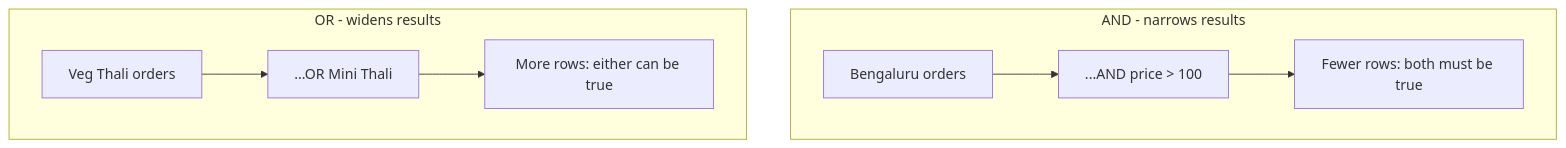
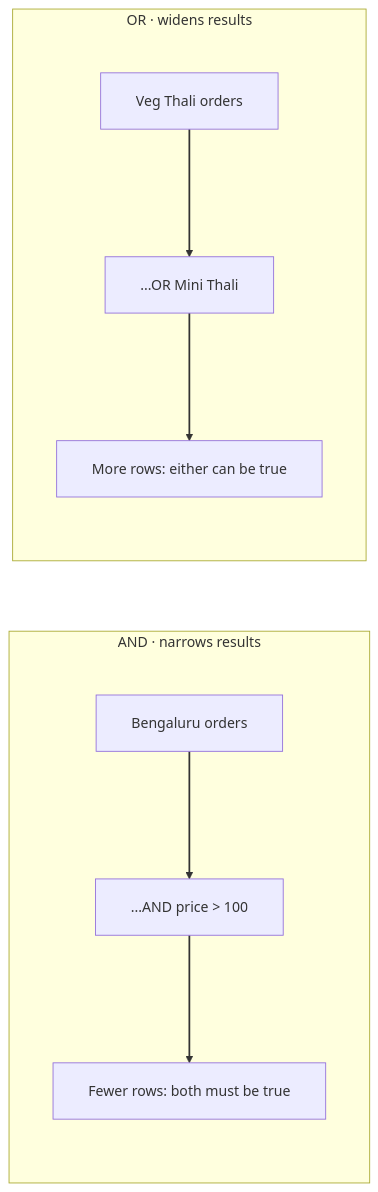
Before and after one commit to ritzrmx/Masai_Curriculum: the second of 2 diagrams in IITP_AIML_Regional/IITP-GenAI-TA-I2606 & IITP-GenAI-TE-I-2608/Module-2/4.2 (SQL Query Basics)/pre-read - SQL Query Basics.md, drawn with Mermaid. The commit also changed other lines of this file and 42 other files, not shown here.

Commit message:
chore: standardize mermaid mental-map and pre-read styling

````diff
--- a/IITP_AIML_Regional/IITP-GenAI-TA-I2606 & IITP-GenAI-TE-I-2608/Module-2/4.2 (SQL Query Basics)/pre-read - SQL Query Basics.md
+++ b/IITP_AIML_Regional/IITP-GenAI-TA-I2606 & IITP-GenAI-TE-I-2608/Module-2/4.2 (SQL Query Basics)/pre-read - SQL Query Basics.md
@@ -176,11 +188,15 @@
 ```mermaid
-flowchart TB
-    subgraph left_side["AND - narrows results"]
+%%{init: {'themeVariables': {'fontSize': '16px'}, 'flowchart': {'useMaxWidth': false, 'htmlLabels': true, 'nodeSpacing': 80, 'rankSpacing': 120, 'wrappingWidth': 620, 'padding': 20}}}%%
+flowchart LR
+    subgraph left_side["AND · narrows results"]
         M1[Bengaluru orders] --> M2[...AND price > 100]
         M2 --> M3[Fewer rows: both must be true]
     end
-    subgraph right_side["OR - widens results"]
+    subgraph right_side["OR · widens results"]
         D1[Veg Thali orders] --> D2[...OR Mini Thali]
         D2 --> D3[More rows: either can be true]
     end
+
+
+linkStyle default stroke-width:2px
 ```
````
